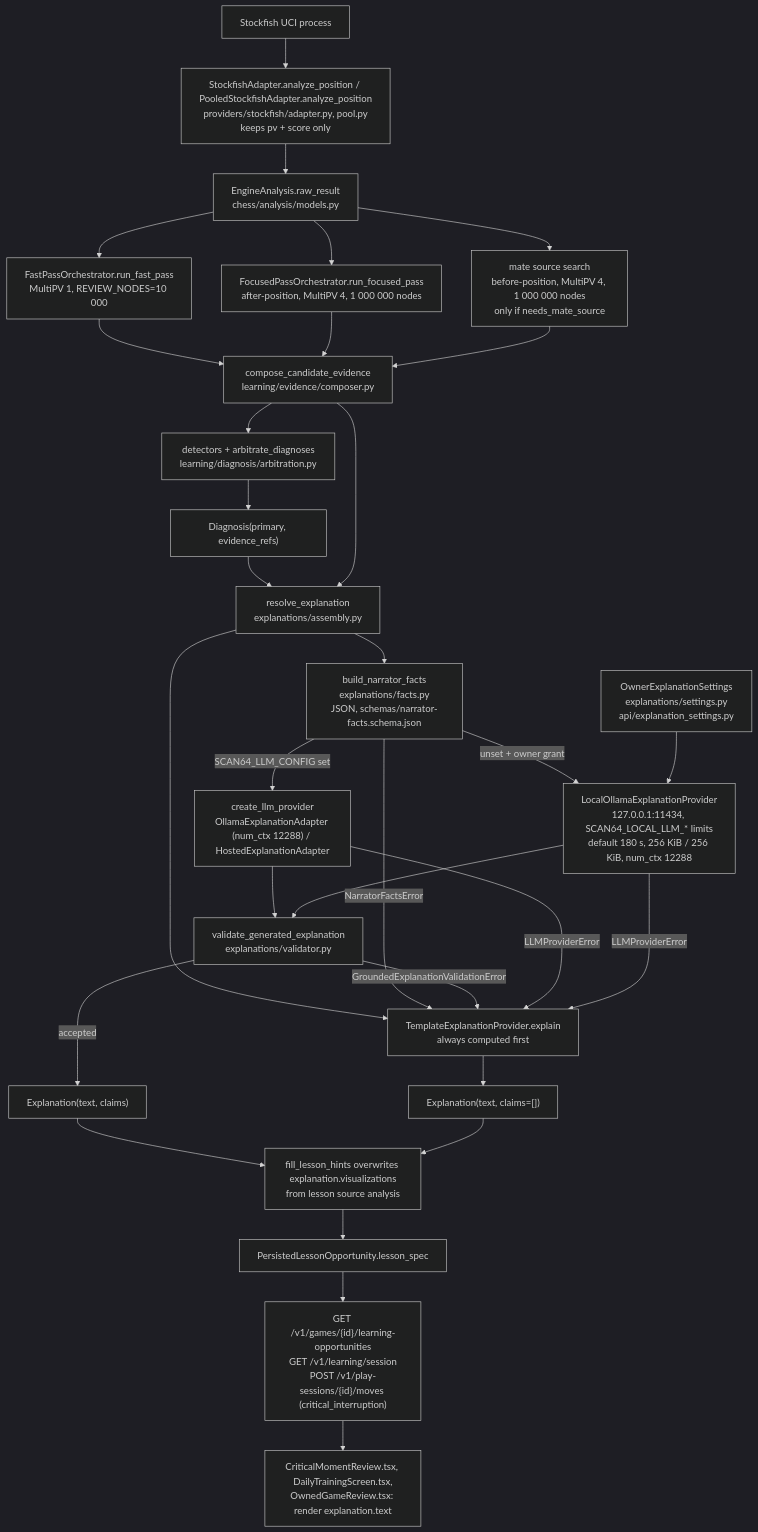
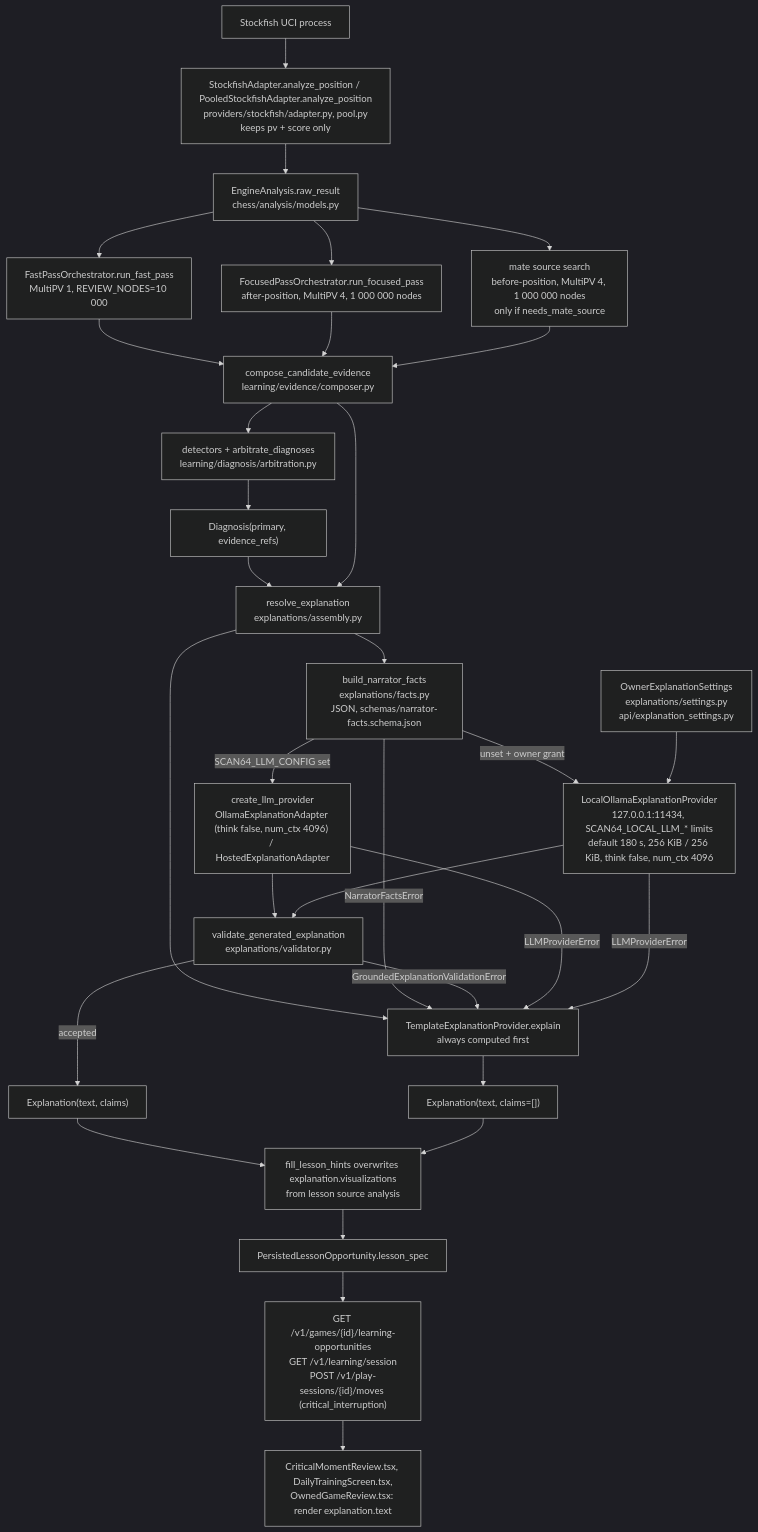
The first of 2 diagrams in docs/narrator-pipeline.md (Mathews-Tom/Scan64), drawn with Mermaid (dark theme) before and after one commit. The commit also changed other lines of this file and 20 other files, not shown here.

First line of the commit message:
feat(narrator): gemma4-e4b Q3_K_M as the default local narrator (#429)

````diff
--- a/docs/narrator-pipeline.md
+++ b/docs/narrator-pipeline.md
@@ -11,33 +11,33 @@
 ```mermaid
 flowchart TD
     SF["Stockfish UCI process"] --> AD["StockfishAdapter.analyze_position / PooledStockfishAdapter.analyze_position<br/>providers/stockfish/adapter.py, pool.py<br/>keeps pv + score only"]
     AD --> EA["EngineAnalysis.raw_result<br/>chess/analysis/models.py"]
     EA --> FP["FastPassOrchestrator.run_fast_pass<br/>MultiPV 1, REVIEW_NODES=10 000"]
     EA --> FO["FocusedPassOrchestrator.run_focused_pass<br/>after-position, MultiPV 4, 1 000 000 nodes"]
     EA --> MS["mate source search<br/>before-position, MultiPV 4, 1 000 000 nodes<br/>only if needs_mate_source"]
     FP --> CE["compose_candidate_evidence<br/>learning/evidence/composer.py"]
     FO --> CE
     MS --> CE
     CE --> DX["detectors + arbitrate_diagnoses<br/>learning/diagnosis/arbitration.py"]
     DX --> DG["Diagnosis(primary, evidence_refs)"]
     DG --> RE["resolve_explanation<br/>explanations/assembly.py"]
     CE --> RE
     RE --> TP["TemplateExplanationProvider.explain<br/>always computed first"]
     RE --> NF["build_narrator_facts<br/>explanations/facts.py<br/>JSON, schemas/narrator-facts.schema.json"]
     NF -->|"NarratorFactsError"| TP
-    NF -->|"SCAN64_LLM_CONFIG set"| OP["create_llm_provider<br/>OllamaExplanationAdapter (num_ctx 12288) / HostedExplanationAdapter"]
-    NF -->|"unset + owner grant"| LO["LocalOllamaExplanationProvider<br/>127.0.0.1:11434, SCAN64_LOCAL_LLM_* limits<br/>default 180 s, 256 KiB / 256 KiB, num_ctx 12288"]
+    NF -->|"SCAN64_LLM_CONFIG set"| OP["create_llm_provider<br/>OllamaExplanationAdapter (think false, num_ctx 4096) / HostedExplanationAdapter"]
+    NF -->|"unset + owner grant"| LO["LocalOllamaExplanationProvider<br/>127.0.0.1:11434, SCAN64_LOCAL_LLM_* limits<br/>default 180 s, 256 KiB / 256 KiB, think false, num_ctx 4096"]
     GR["OwnerExplanationSettings<br/>explanations/settings.py<br/>api/explanation_settings.py"] --> LO
     OP --> VA["validate_generated_explanation<br/>explanations/validator.py"]
     LO --> VA
     VA -->|"accepted"| EX["Explanation(text, claims)"]
     VA -->|"GroundedExplanationValidationError"| TP
     OP -->|"LLMProviderError"| TP
     LO -->|"LLMProviderError"| TP
     TP --> EX2["Explanation(text, claims=[])"]
     EX --> FH["fill_lesson_hints overwrites explanation.visualizations<br/>from lesson source analysis"]
     EX2 --> FH
     FH --> DB["PersistedLessonOpportunity.lesson_spec"]
     DB --> API["GET /v1/games/{id}/learning-opportunities<br/>GET /v1/learning/session<br/>POST /v1/play-sessions/{id}/moves (critical_interruption)"]
     API --> UI["CriticalMomentReview.tsx, DailyTrainingScreen.tsx,<br/>OwnedGameReview.tsx: render explanation.text"]
 ```
````
